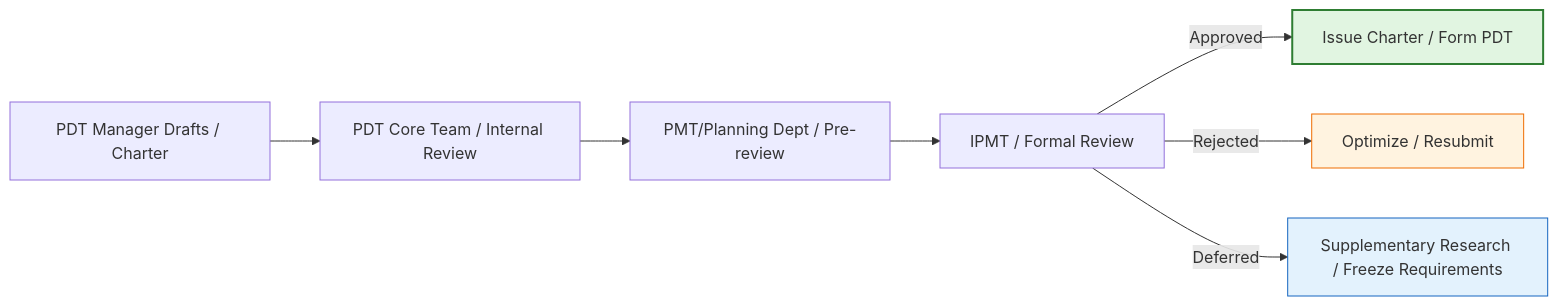
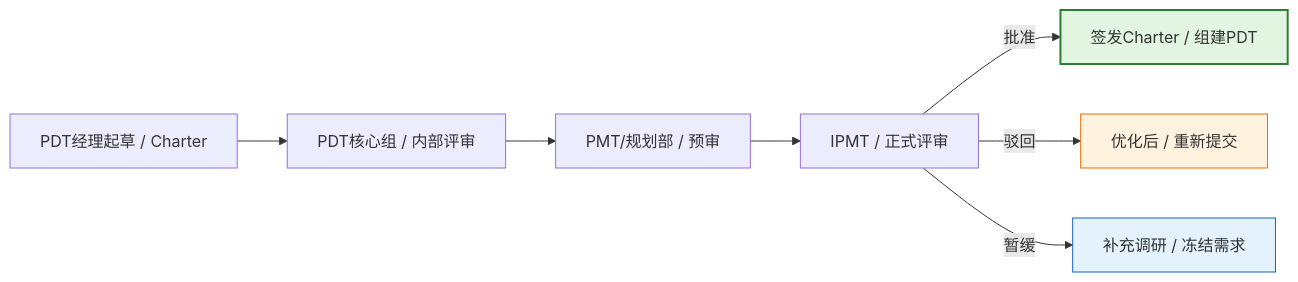
One commit to Kirky-X/cangjie changed diagram 11 of 11 in templates/Product/Strategy/Template-Project-Charter.md. Above: the diagram before and after it, drawn with Mermaid. The commit also changed other lines of this file and 33 other files, not shown here.

````diff
--- a/templates/Product/Strategy/Template-Project-Charter.md
+++ b/templates/Product/Strategy/Template-Project-Charter.md
@@ -574,13 +574,13 @@
 ```mermaid
 flowchart LR
-    A[PDT Manager Drafts / Charter] --> B[PDT Core Team / Internal Review]
-    B --> C[PMT/Planning Dept / Pre-review]
-    C --> D[IPMT / Formal Review]
-    D -->|Approved| E[Issue Charter / Form PDT]
-    D -->|Rejected| F[Optimize / Resubmit]
-    D -->|Deferred| G[Supplementary Research / Freeze Requirements]
+    A[PDT经理起草 / Charter] --> B[PDT核心组 / 内部评审]
+    B --> C[PMT/规划部 / 预审]
+    C --> D[IPMT / 正式评审]
+    D -->|批准| E[签发Charter / 组建PDT]
+    D -->|驳回| F[优化后 / 重新提交]
+    D -->|暂缓| G[补充调研 / 冻结需求]
 
     style E fill:#e1f5e1,stroke:#2e7d32,stroke-width:2px
     style F fill:#fff3e0,stroke:#ef6c00
     style G fill:#e3f2fd,stroke:#1565c0
 ```
````
